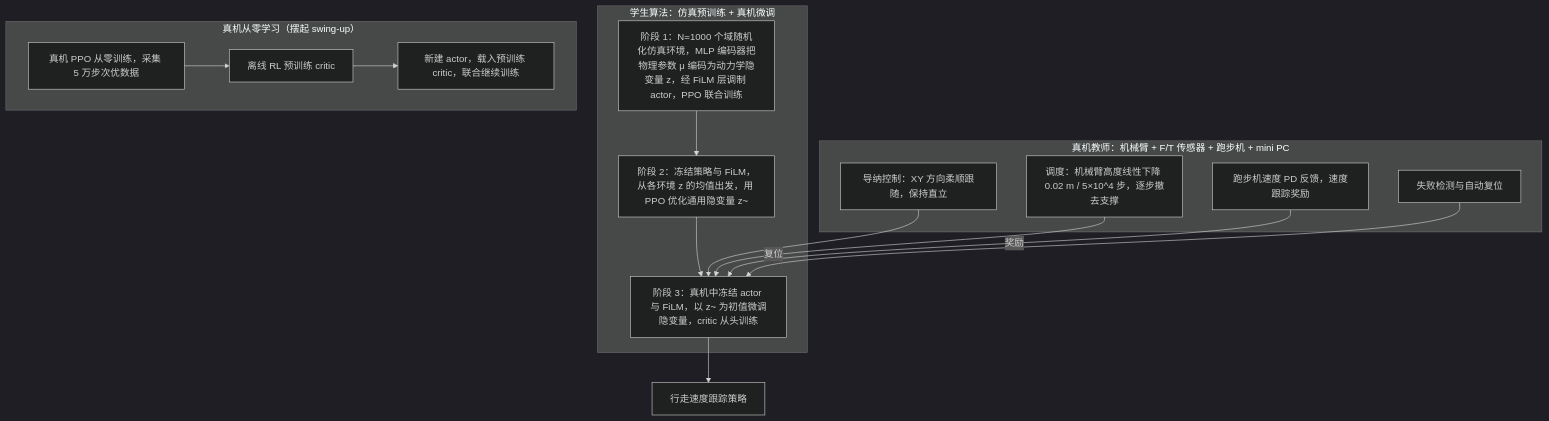
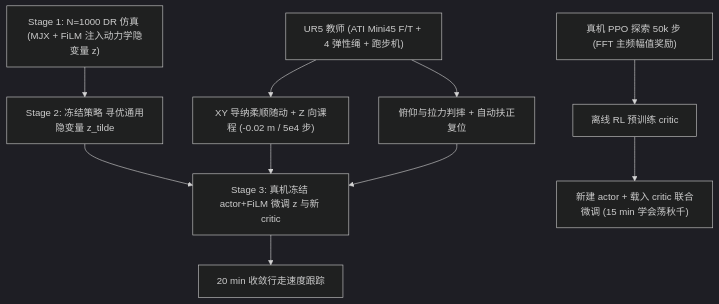
The first of 2 diagrams in wiki/entities/paper-notebook-robot-trains-robot-automatic-real-world-policy-a.md (ImChong/Robotics_Notebooks), drawn with Mermaid (dark theme) before and after one commit. The commit also changed other lines of this file and 151 other files, not shown here.

````diff
--- a/wiki/entities/paper-notebook-robot-trains-robot-automatic-real-world-policy-a.md
+++ b/wiki/entities/paper-notebook-robot-trains-robot-automatic-real-world-policy-a.md
@@ -44,22 +70,12 @@
 ```mermaid
 flowchart TD
-    subgraph STU["学生算法：仿真预训练 + 真机微调"]
-        S1["阶段 1：N=1000 个域随机化仿真环境，MLP 编码器把物理参数 μ 编码为动力学隐变量 z，经 FiLM 层调制 actor，PPO 联合训练"] --> S2["阶段 2：冻结策略与 FiLM，从各环境 z 的均值出发，用 PPO 优化通用隐变量 z~"]
-        S2 --> S3["阶段 3：真机中冻结 actor 与 FiLM，以 z~ 为初值微调隐变量，critic 从头训练"]
-    end
-    subgraph TEA["真机教师：机械臂 + F/T 传感器 + 跑步机 + mini PC"]
-        T1["导纳控制：XY 方向柔顺跟随，保持直立"]
-        T2["调度：机械臂高度线性下降 0.02 m / 5×10^4 步，逐步撤去支撑"]
-        T3["跑步机速度 PD 反馈，速度跟踪奖励"]
-        T4["失败检测与自动复位"]
-    end
-    T1 --> S3
-    T2 --> S3
-    T3 -->|"奖励"| S3
-    T4 -->|"复位"| S3
-    S3 --> OUT["行走速度跟踪策略"]
-    subgraph SCR["真机从零学习（摆起 swing-up）"]
-        R1["真机 PPO 从零训练，采集 5 万步次优数据"] --> R2["离线 RL 预训练 critic"]
-        R2 --> R3["新建 actor，载入预训练 critic，联合继续训练"]
-    end
+    SIM["Stage 1: N=1000 DR 仿真 (MJX + FiLM 注入动力学隐变量 z)"] --> UNI["Stage 2: 冻结策略 寻优通用隐变量 z_tilde"]
+    UNI --> REAL["Stage 3: 真机冻结 actor+FiLM 微调 z 与新 critic"]
+    UR5["UR5 教师 (ATI Mini45 F/T + 4 弹性绳 + 跑步机)"] --> ADM["XY 导纳柔顺随动 + Z 向课程 (-0.02 m / 5e4 步)"]
+    UR5 --> RST["俯仰与拉力判摔 + 自动扶正复位"]
+    ADM --> REAL
+    RST --> REAL
+    REAL --> OUT1["20 min 收敛行走速度跟踪"]
+    SCR1["真机 PPO 探索 50k 步 (FFT 主频幅值奖励)"] --> SCR2["离线 RL 预训练 critic"]
+    SCR2 --> SCR3["新建 actor + 载入 critic 联合微调 (15 min 学会荡秋千)"]
 ```
````
